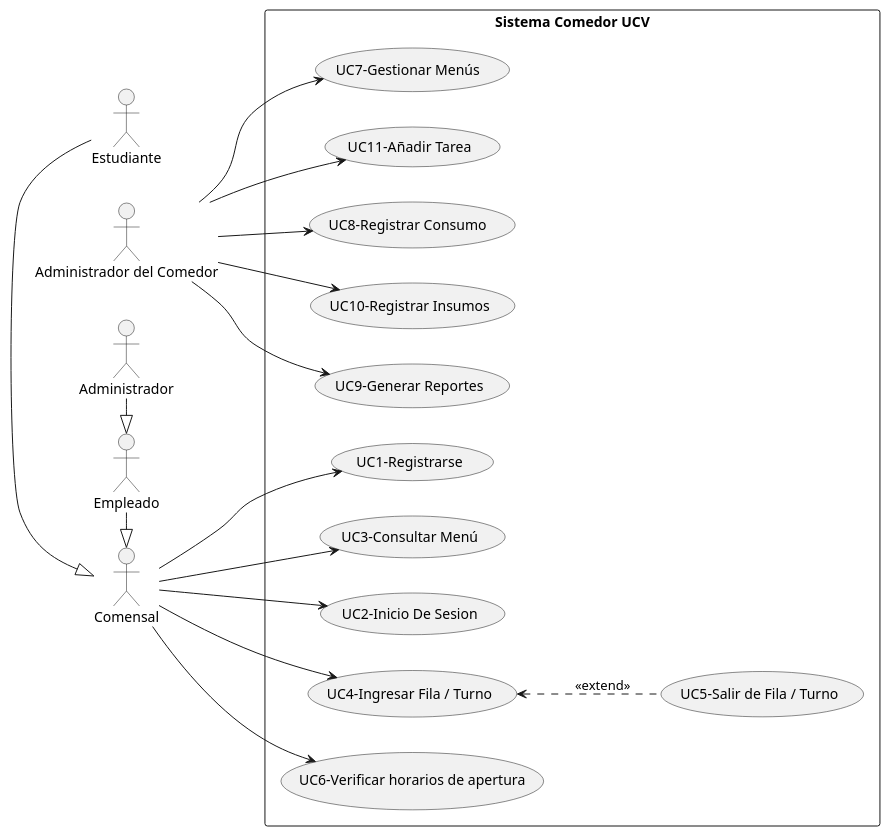
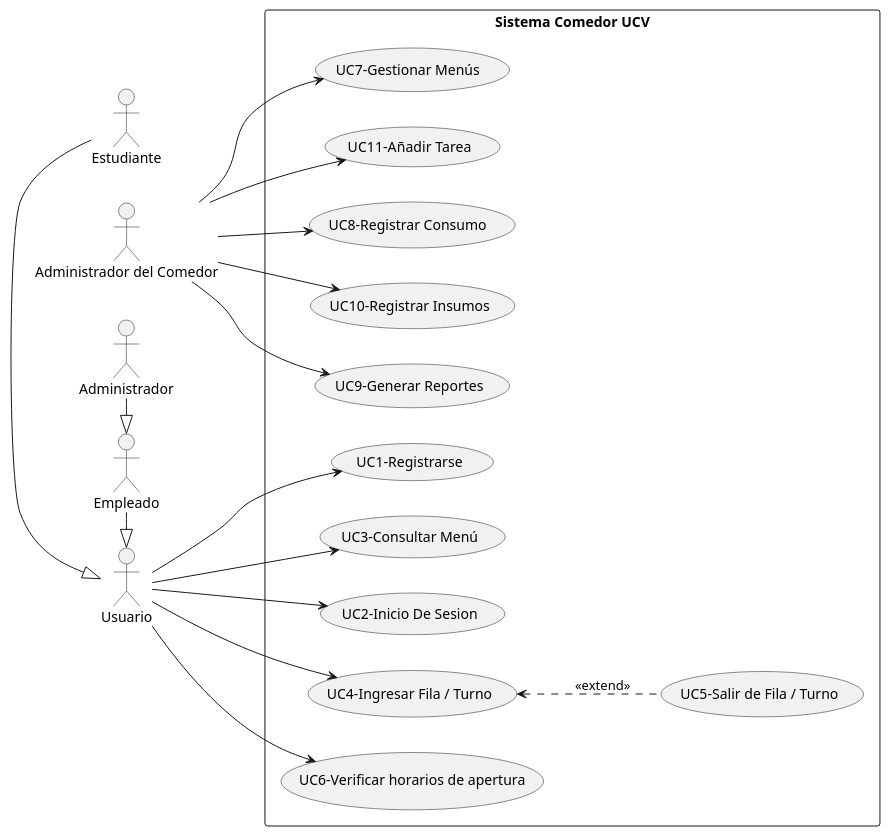
Before and after one commit to GodotCoffee28/PROYECTO-INGENIERIA-2025: the diagram in main/docs/modelo_caso_de _uso/modeloCasodeuso.puml, drawn with PlantUML. The commit also changed 3 other files, not shown here.

```diff
--- a/main/docs/modelo_caso_de _uso/modeloCasodeuso.puml
+++ b/main/docs/modelo_caso_de _uso/modeloCasodeuso.puml
@@ -1,50 +1,50 @@
 @startuml UseCase
 left to right direction
 
 ' Actores
-actor "Comensal" as UsuarioGeneral
+actor "Usuario" as UsuarioGeneral
 actor "Empleado" as Usuario2
 actor "Estudiante" as Usuario1
 actor "Administrador del Comedor" as Admin
 
 
 Usuario1-|> UsuarioGeneral
 Usuario2-|> UsuarioGeneral
 Administrador-|> Usuario2
 rectangle "Sistema Comedor UCV" {
     
     ' Casos de Uso del Usuario
     usecase "UC1-Registrarse" as UC_Registro
     usecase "UC3-Consultar Menú" as UC_ConsultarMenu
     usecase "UC2-Inicio De Sesion" as UC_RegAcceso
     usecase "UC4-Ingresar Fila / Turno" as UC_IngresarFila
     usecase "UC5-Salir de Fila / Turno" as UC_SalirFila
    UC_IngresarFila <.. UC_SalirFila : <<extend>>
    usecase "UC6-Verificar horarios de apertura" as UC_verificar
     
     
     'Casos de Uso del Administrador
     usecase "UC7-Gestionar Menús " as UC_GestionarMenu
     usecase "UC11-Añadir Tarea" as UC_GestionarTurnos
     usecase "UC8-Registrar Consumo " as UC_RegConsumo
     usecase "UC10-Registrar Insumos" as UC_RegInsumos
     usecase "UC9-Generar Reportes" as UC_Reportes
 
     ' Relaciones
 
     UsuarioGeneral--> UC_Registro
     UsuarioGeneral--> UC_ConsultarMenu
     UsuarioGeneral --> UC_RegAcceso
     UsuarioGeneral --> UC_IngresarFila
     UsuarioGeneral --> UC_verificar
     
     Admin --> UC_GestionarMenu
     Admin --> UC_GestionarTurnos
     Admin --> UC_RegConsumo
     Admin --> UC_RegInsumos
     Admin --> UC_Reportes
     
 
     
 }
 @enduml
```
